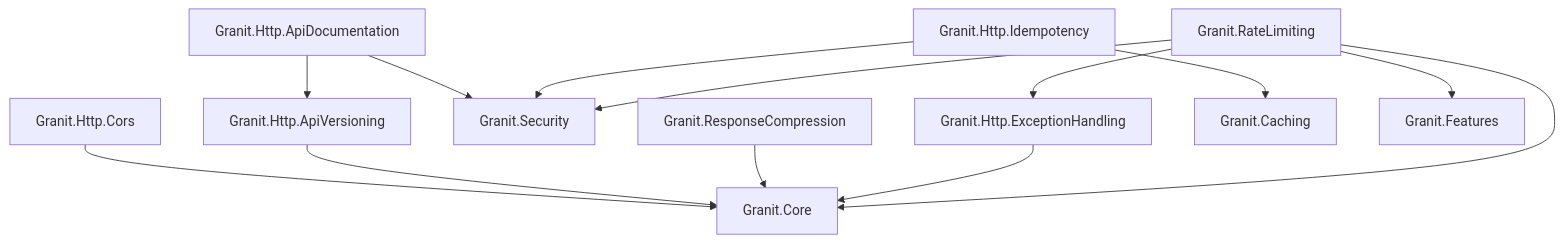
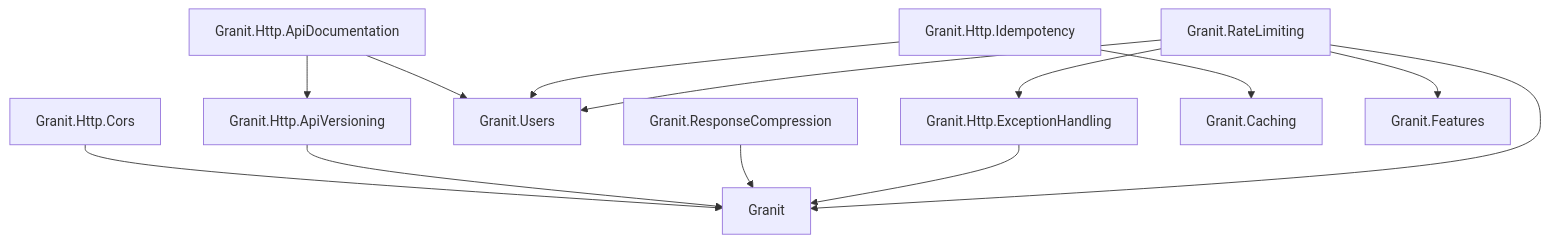
The diagram in docs-site/src/content/docs/dotnet/api/index.mdx (granit-fx/granit-dotnet), drawn with Mermaid before and after one commit. The commit also changed 153 other files, not shown here.

````diff
--- a/docs-site/src/content/docs/dotnet/api/index.mdx
+++ b/docs-site/src/content/docs/dotnet/api/index.mdx
@@ -49,15 +49,15 @@
 ```mermaid
 graph TD
-    CORS[Granit.Http.Cors] --> CO[Granit.Core]
+    CORS[Granit.Http.Cors] --> CO[Granit]
     AV[Granit.Http.ApiVersioning] --> CO
     AD[Granit.Http.ApiDocumentation] --> AV
-    AD --> SEC[Granit.Security]
+    AD --> SEC[Granit.Users]
     RC[Granit.ResponseCompression] --> CO
     EH[Granit.Http.ExceptionHandling] --> CO
     ID[Granit.Http.Idempotency] --> CA[Granit.Caching]
     ID --> SEC
     RL[Granit.RateLimiting] --> CO
     RL --> EH
     RL --> FT[Granit.Features]
     RL --> SEC
 ```
````
